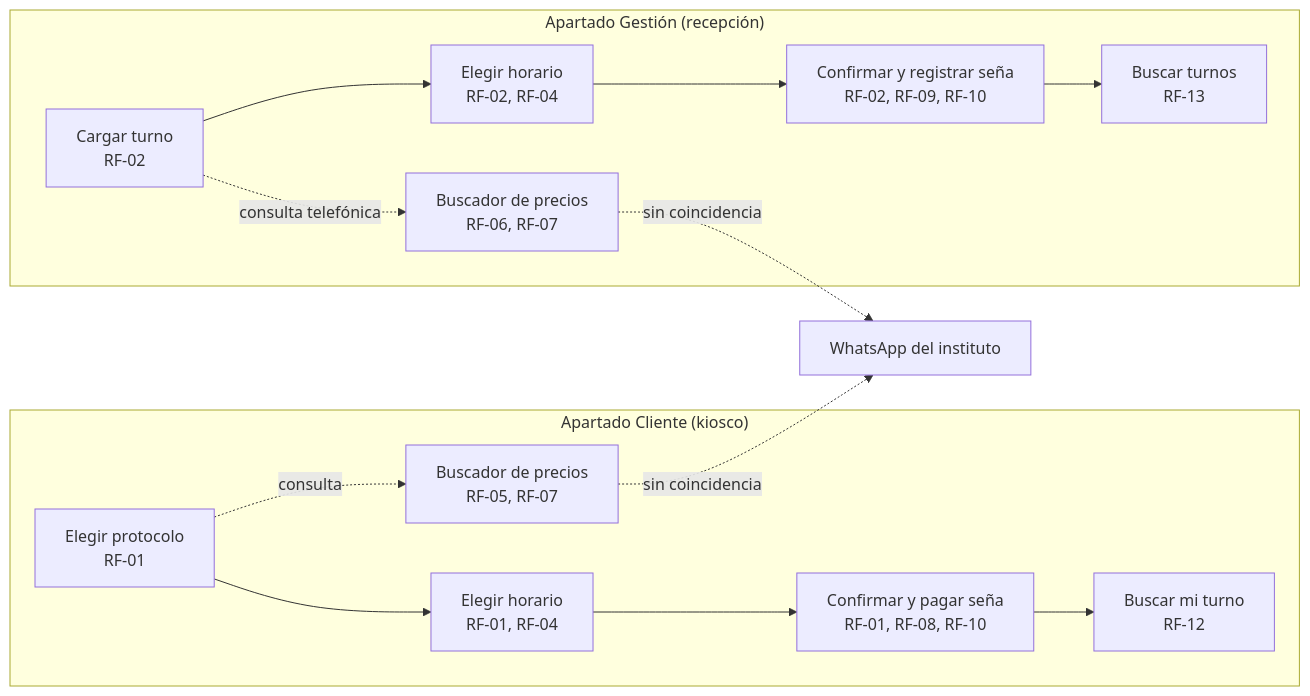
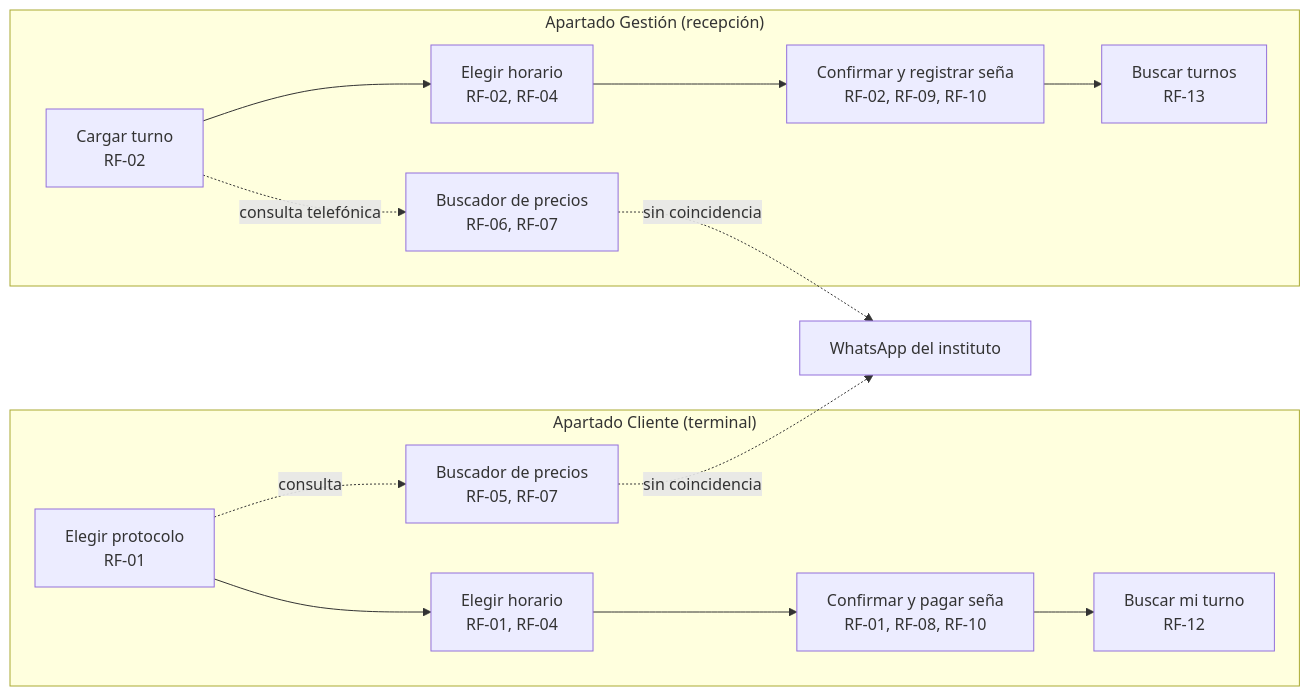
Before and after one commit to sant1jmnz/Proyect-Berea-Clovis-Sanchez: the diagram in docs/05-maquetado.md, drawn with Mermaid. The commit also changed other lines of this file and 6 other files, not shown here.

First line of the commit message:
Reemplazar "kiosco" por "terminal (táctil)" en todo el repo

````diff
--- a/docs/05-maquetado.md
+++ b/docs/05-maquetado.md
@@ -40,17 +40,17 @@
 ```mermaid
 flowchart LR
-    subgraph Cliente["Apartado Cliente (kiosco)"]
+    subgraph Cliente["Apartado Cliente (terminal)"]
         A1[Elegir protocolo<br/>RF-01] --> A2[Elegir horario<br/>RF-01, RF-04]
         A2 --> A3[Confirmar y pagar seña<br/>RF-01, RF-08, RF-10]
         A3 --> A4[Buscar mi turno<br/>RF-12]
         A1 -.consulta.-> A5[Buscador de precios<br/>RF-05, RF-07]
     end
     subgraph Gestion["Apartado Gestión (recepción)"]
         B1[Cargar turno<br/>RF-02] --> B2[Elegir horario<br/>RF-02, RF-04]
         B2 --> B3[Confirmar y registrar seña<br/>RF-02, RF-09, RF-10]
         B3 --> B4[Buscar turnos<br/>RF-13]
         B1 -.consulta telefónica.-> B5[Buscador de precios<br/>RF-06, RF-07]
     end
     A5 -.sin coincidencia.-> WA[WhatsApp del instituto]
     B5 -.sin coincidencia.-> WA
 ```
````
